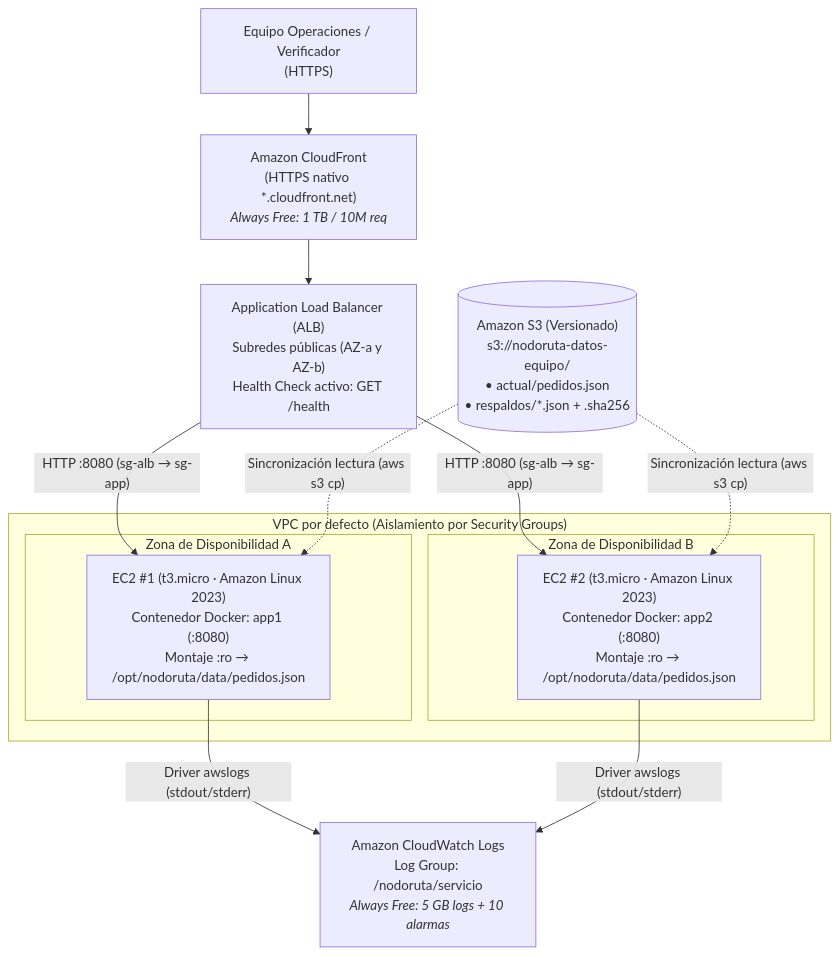
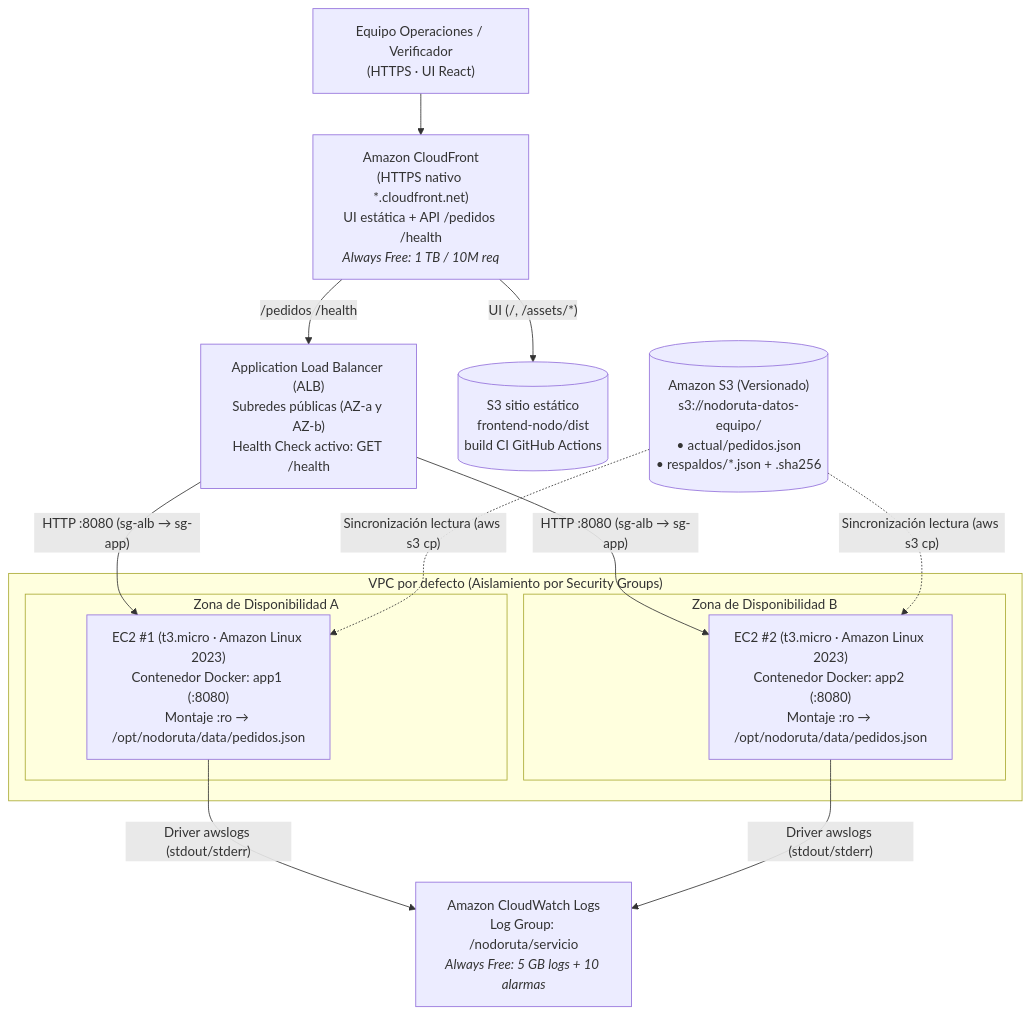
One commit to Cualquiera-INC/proyecto_hackaton_cualquiera_inc changed the diagram in infraestructura_y_despliegue_aws_nodo_ruta.md. Above: the diagram before and after it, drawn with Mermaid. The commit also changed other lines of this file and 28 other files, not shown here.

Commit message:
Add frontend with React and Vite, update backend for CORS support, and enhance deployment documentation

````diff
--- a/infraestructura_y_despliegue_aws_nodo_ruta.md
+++ b/infraestructura_y_despliegue_aws_nodo_ruta.md
@@ -19,25 +19,26 @@
 ```mermaid
 flowchart TD
-    User["Equipo Operaciones / Verificador<br/>(HTTPS)"] --> CF["Amazon CloudFront<br/>(HTTPS nativo *.cloudfront.net)<br/><i>Always Free: 1 TB / 10M req</i>"]
-    CF --> ALB["Application Load Balancer (ALB)<br/>Subredes públicas (AZ-a y AZ-b)<br/>Health Check activo: GET /health"]
+    User["Equipo Operaciones / Verificador<br/>(HTTPS · UI React)"] --> CF["Amazon CloudFront<br/>(HTTPS nativo *.cloudfront.net)<br/>UI estática + API /pedidos /health<br/><i>Always Free: 1 TB / 10M req</i>"]
+    CF -->|"/pedidos /health"| ALB["Application Load Balancer (ALB)<br/>Subredes públicas (AZ-a y AZ-b)<br/>Health Check activo: GET /health"]
+    CF -->|"UI (/, /assets/*)"| S3UI[("S3 sitio estático<br/>frontend-nodo/dist<br/>build CI GitHub Actions")]
 
     subgraph VPC ["VPC por defecto (Aislamiento por Security Groups)"]
         subgraph AZA ["Zona de Disponibilidad A"]
             EC2A["EC2 #1 (t3.micro · Amazon Linux 2023)<br/>Contenedor Docker: app1 (:8080)<br/>Montaje :ro → /opt/nodoruta/data/pedidos.json"]
         end
         subgraph AZB ["Zona de Disponibilidad B"]
             EC2B["EC2 #2 (t3.micro · Amazon Linux 2023)<br/>Contenedor Docker: app2 (:8080)<br/>Montaje :ro → /opt/nodoruta/data/pedidos.json"]
         end
     end
 
     ALB -->|"HTTP :8080 (sg-alb → sg-app)"| EC2A
     ALB -->|"HTTP :8080 (sg-alb → sg-app)"| EC2B
 
     S3[("Amazon S3 (Versionado)<br/>s3://nodoruta-datos-equipo/<br/>• actual/pedidos.json<br/>• respaldos/*.json + .sha256")]
     CW["Amazon CloudWatch Logs<br/>Log Group: /nodoruta/servicio<br/><i>Always Free: 5 GB logs + 10 alarmas</i>"]
 
     S3 -.->|"Sincronización lectura (aws s3 cp)"| EC2A
     S3 -.->|"Sincronización lectura (aws s3 cp)"| EC2B
     EC2A -->|"Driver awslogs (stdout/stderr)"| CW
     EC2B -->|"Driver awslogs (stdout/stderr)"| CW
 ```
````
